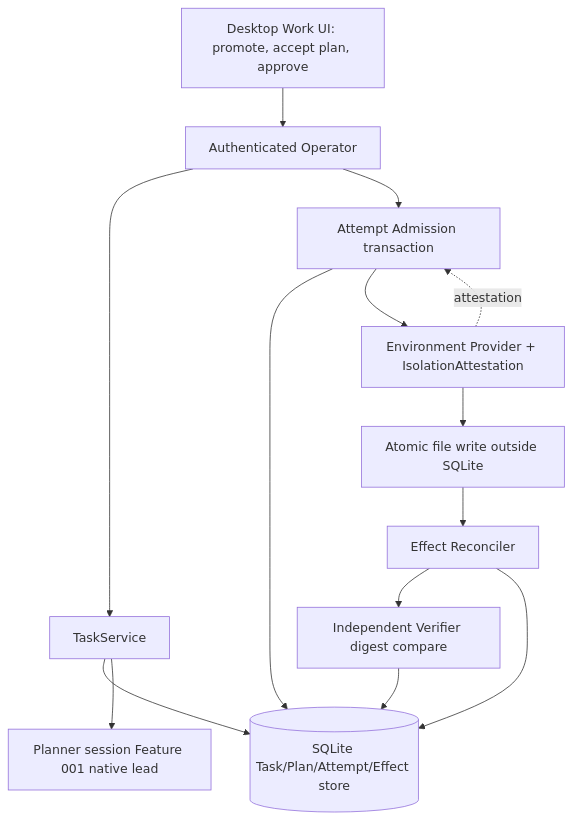
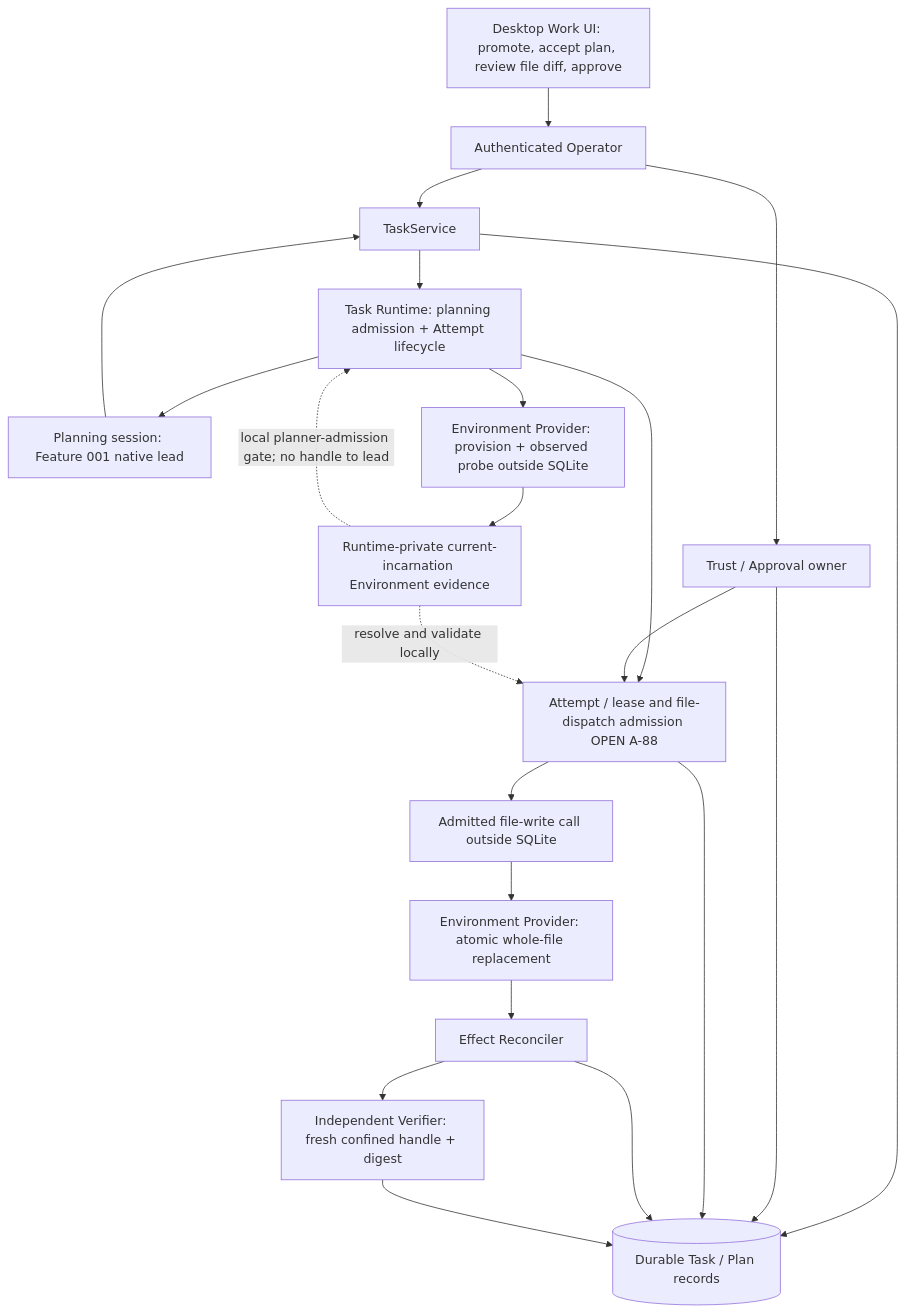
Before and after one commit to sarv-projects/litecowork: the diagram in specs/005-safe-task-path/SPEC.md, drawn with Mermaid. The commit also changed other lines of this file and 18 other files, not shown here.

````diff
--- a/specs/005-safe-task-path/SPEC.md
+++ b/specs/005-safe-task-path/SPEC.md
@@ -94,16 +96,24 @@
 ```mermaid
 flowchart TD
-  UI[Desktop Work UI: promote, accept plan, approve] --> OP[Authenticated Operator]
+  UI[Desktop Work UI: promote, accept plan, review file diff, approve] --> OP[Authenticated Operator]
   OP --> TS[TaskService]
-  TS --> DB[(SQLite Task/Plan/Attempt/Effect store)]
-  TS --> PL[Planner session Feature 001 native lead]
-  OP --> AA[Attempt Admission transaction]
+  TS --> DB[(Durable Task / Plan records)]
+  TS --> TR[Task Runtime: planning admission + Attempt lifecycle]
+  TR --> PL[Planning session: Feature 001 native lead]
+  PL --> TS
+  OP --> TRUST[Trust / Approval owner]
+  TRUST --> DB
+  TR --> PROV[Environment Provider: provision + observed probe outside SQLite]
+  PROV --> PRIVATE[Runtime-private current-incarnation Environment evidence]
+  PRIVATE -. local planner-admission gate; no handle to lead .-> TR
+  TR --> AA[Attempt / lease and file-dispatch admission OPEN A-88]
+  TRUST --> AA
+  PRIVATE -. resolve and validate locally .-> AA
   AA --> DB
-  AA --> ENV[Environment Provider + IsolationAttestation]
-  ENV -. attestation .-> AA
-  ENV --> FW[Atomic file write outside SQLite]
-  FW --> REC[Effect Reconciler]
-  REC --> VER[Independent Verifier digest compare]
+  AA --> FW[Admitted file-write call outside SQLite]
+  FW --> ENV[Environment Provider: atomic whole-file replacement]
+  ENV --> REC[Effect Reconciler]
   REC --> DB
+  REC --> VER[Independent Verifier: fresh confined handle + digest]
   VER --> DB
 ```
````
